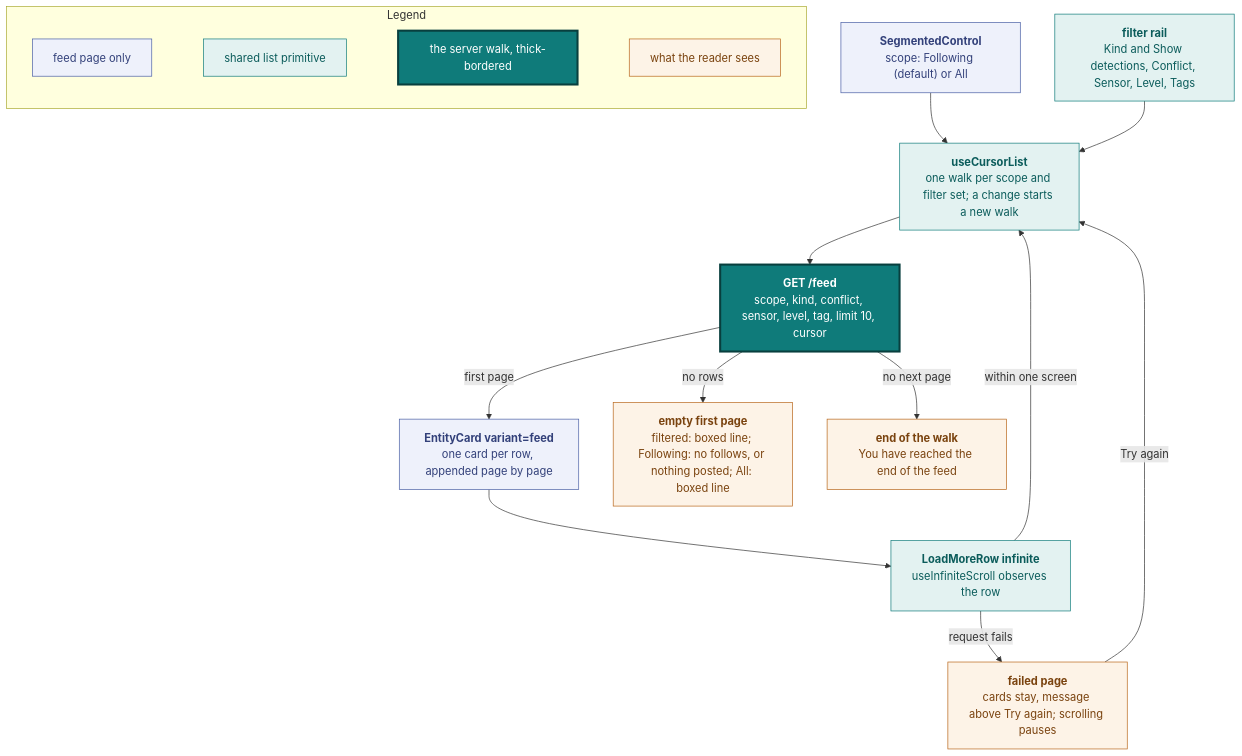
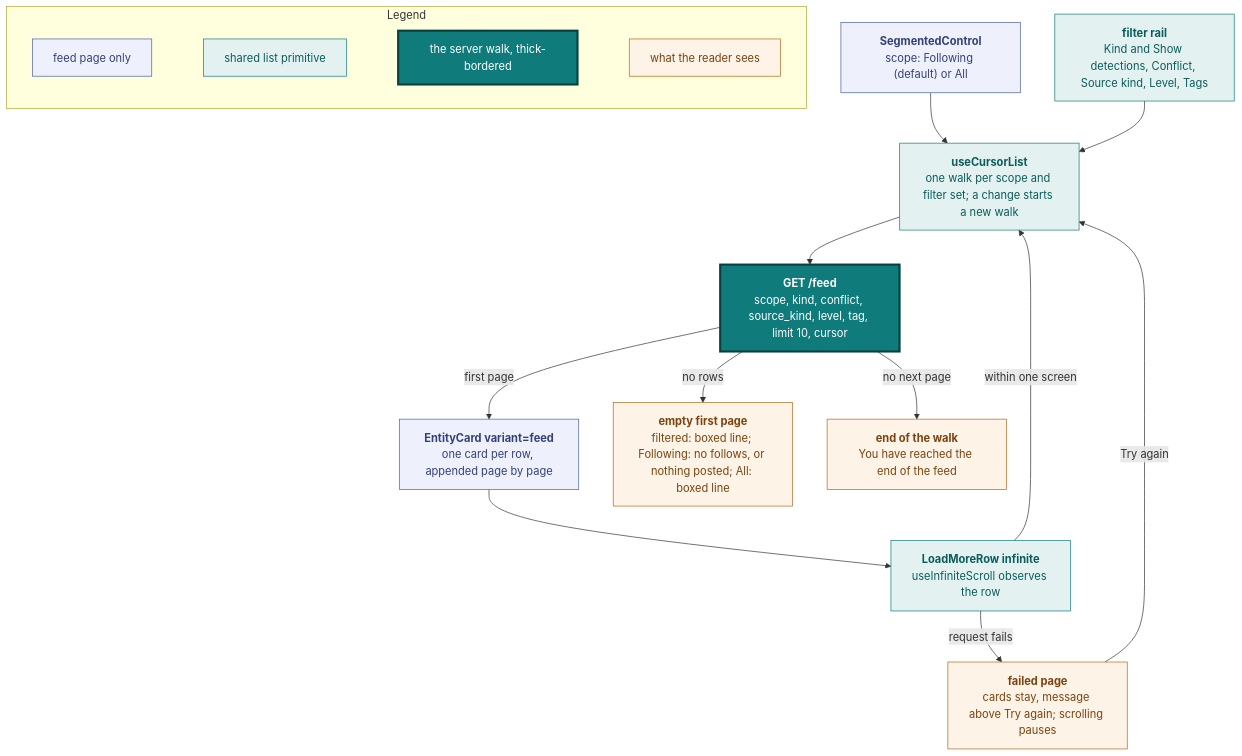
Before and after one commit to vidithq/vidit: the tenth of 13 diagrams in docs/design.md, drawn with Mermaid. The commit also changed other lines of this file and 108 other files, not shown here.

First line of the commit message:
refactor: replace a source's sensor with a required kind

````diff
--- a/docs/design.md
+++ b/docs/design.md
@@ -956,46 +956,46 @@
 ```mermaid
 flowchart TB
   classDef page fill:#eef1fb,stroke:#4a5fa5,color:#33417a
   classDef shared fill:#e3f2f1,stroke:#0f7b7a,color:#0b5c5b
   classDef core fill:#0f7b7a,stroke:#083f3e,stroke-width:3px,color:#ffffff
   classDef state fill:#fdf3e7,stroke:#b8661a,color:#7a430f
 
   subgraph legend [Legend]
     direction LR
     l1["`feed page only`"]:::page
     l2["`shared list primitive`"]:::shared
     l3["`the server walk, thick-bordered`"]:::core
     l4["`what the reader sees`"]:::state
     l1 ~~~ l2 ~~~ l3 ~~~ l4
   end
 
   toggle["`**SegmentedControl**
   scope: Following (default) or All`"]:::page
   filters["`**filter rail**
-  Kind and Show detections, Conflict, Sensor, Level, Tags`"]:::shared
+  Kind and Show detections, Conflict, Source kind, Level, Tags`"]:::shared
   walk["`**useCursorList**
   one walk per scope and filter set; a change starts a new walk`"]:::shared
   api["`**GET /feed**
-  scope, kind, conflict, sensor, level, tag, limit 10, cursor`"]:::core
+  scope, kind, conflict, source_kind, level, tag, limit 10, cursor`"]:::core
   cards["`**EntityCard variant=feed**
   one card per row, appended page by page`"]:::page
   row["`**LoadMoreRow infinite**
   useInfiniteScroll observes the row`"]:::shared
 
   empty["`**empty first page**
   filtered: boxed line; Following: no follows, or nothing posted; All: boxed line`"]:::state
   failed["`**failed page**
   cards stay, message above Try again; scrolling pauses`"]:::state
   done["`**end of the walk**
   You have reached the end of the feed`"]:::state
 
   toggle --> walk --> api
   filters --> walk
   api -->|first page| cards
   api -->|no rows| empty
   cards --> row
   row -->|within one screen| walk
   row -->|request fails| failed
   failed -->|Try again| walk
   api -->|no next page| done
 ```
````
